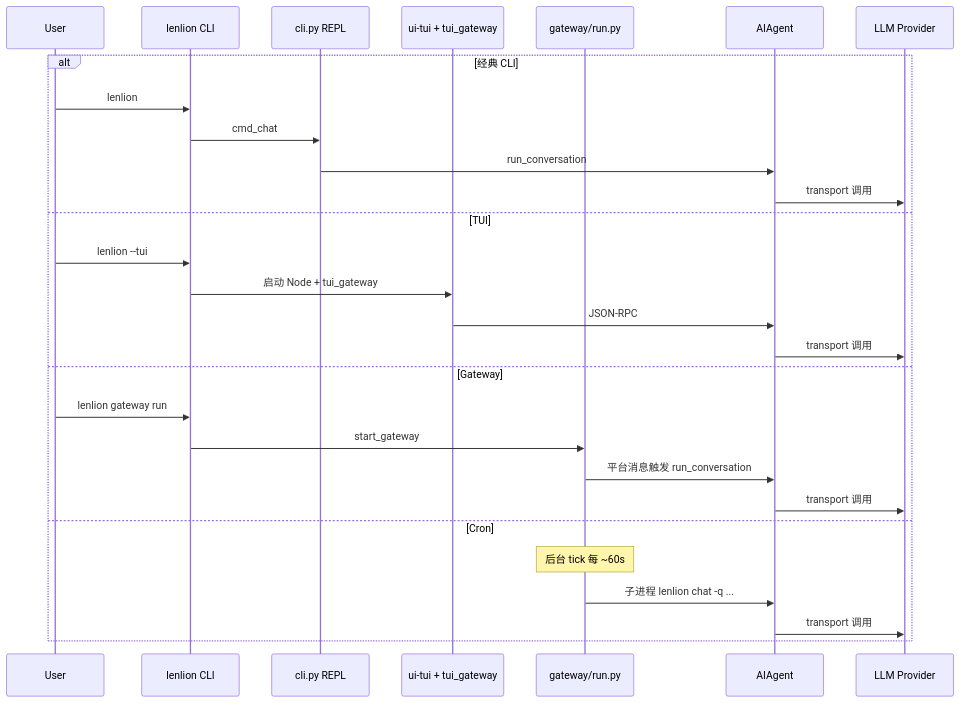
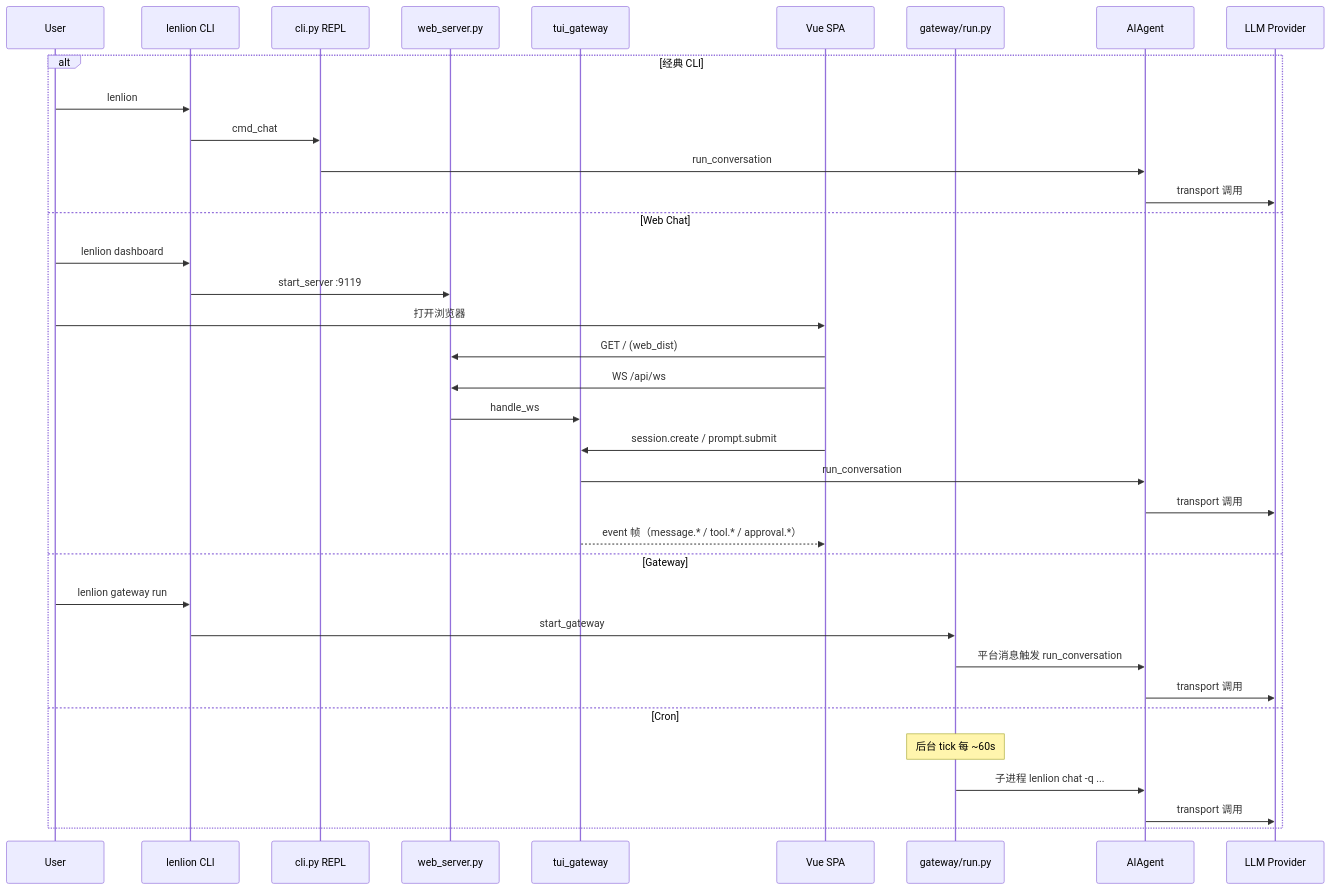
The second of 2 diagrams in ARCHITECTURE.md (lenlion4268-design/lenlion_project), drawn with Mermaid before and after one commit. The commit also changed other lines of this file and 375 other files, not shown here.

````diff
--- a/ARCHITECTURE.md
+++ b/ARCHITECTURE.md
@@ -140,31 +154,39 @@
 ```mermaid
 sequenceDiagram
   participant User
   participant CLI as lenlion CLI
   participant REPL as cli.py REPL
-  participant TUI as ui-tui + tui_gateway
+  participant Dash as web_server.py
+  participant TG as tui_gateway
+  participant Browser as Vue SPA
   participant GW as gateway/run.py
   participant Agent as AIAgent
   participant LLM as LLM Provider
 
   alt 经典 CLI
     User->>CLI: lenlion
     CLI->>REPL: cmd_chat
     REPL->>Agent: run_conversation
     Agent->>LLM: transport 调用
-  else TUI
-    User->>CLI: lenlion --tui
-    CLI->>TUI: 启动 Node + tui_gateway
-    TUI->>Agent: JSON-RPC
+  else Web Chat
+    User->>CLI: lenlion dashboard
+    CLI->>Dash: start_server :9119
+    User->>Browser: 打开浏览器
+    Browser->>Dash: GET / (web_dist)
+    Browser->>Dash: WS /api/ws
+    Dash->>TG: handle_ws
+    Browser->>TG: session.create / prompt.submit
+    TG->>Agent: run_conversation
     Agent->>LLM: transport 调用
+    TG-->>Browser: event 帧（message.* / tool.* / approval.*）
   else Gateway
     User->>CLI: lenlion gateway run
     CLI->>GW: start_gateway
     GW->>Agent: 平台消息触发 run_conversation
     Agent->>LLM: transport 调用
   else Cron
     Note over GW: 后台 tick 每 ~60s
     GW->>Agent: 子进程 lenlion chat -q ...
     Agent->>LLM: transport 调用
   end
 ```
````
